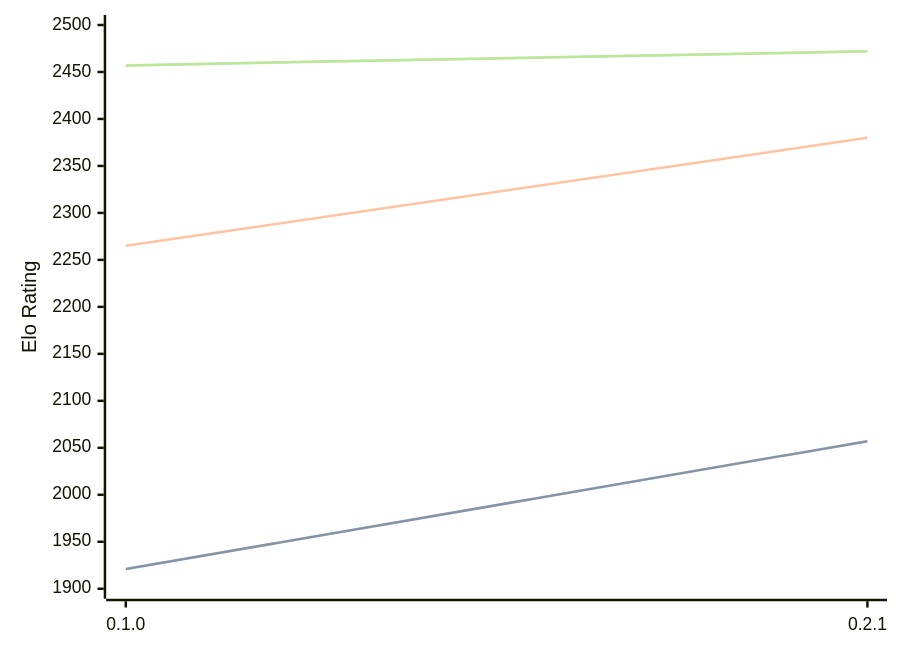
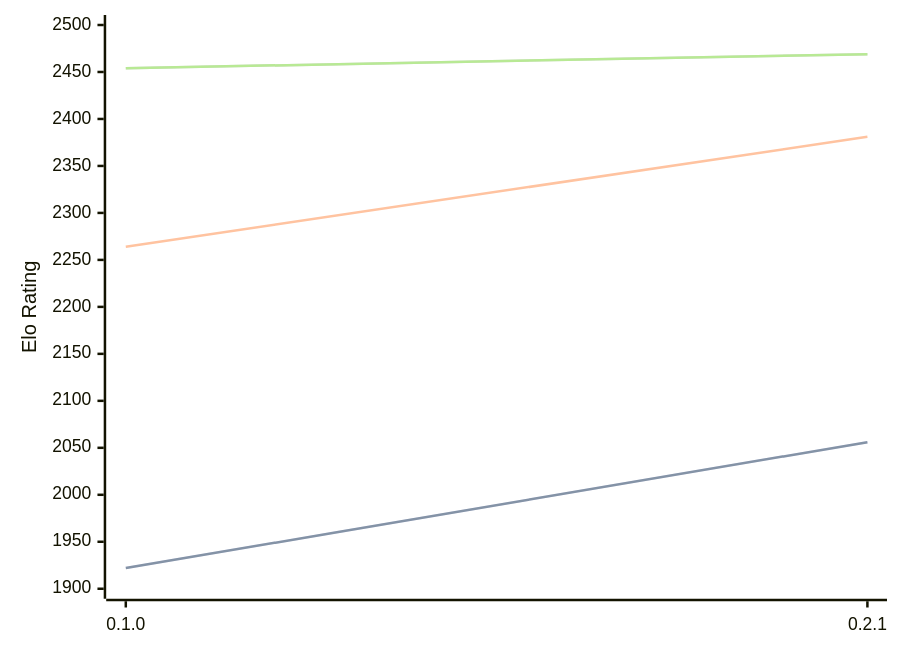
Before and after one commit to computer-chess-index/cci: the diagram in engines/Sykora.md, drawn with Mermaid. The commit also changed other lines of this file, not shown here.

Commit message:
Update CCI Ratings (ELO VLTC) - 2026-04-23

````diff
--- a/engines/Sykora.md
+++ b/engines/Sykora.md
@@ -33,11 +33,11 @@
 ```mermaid
 %%{init: {"theme":"base","themeVariables":{"seriesColors:['#a3a3a3','#222221','#faa371']}}}%%
 xychart-beta
   x-axis ["0.1.0", "0.2.1"]
   y-axis "Elo Rating" 1900 --> 2500
-  line "STC (8.0+0.08s)" [1921, 2057]
-  line "STC (8.0+0.08s)" [1921, 2057]
-  line "LTC (60.0+0.60s)" [2265, 2380]
-  line "VLTC (2m24s+1.12s)" [2457, 2472]
-  line "VLTC (2m24s+1.12s)" [2457, 2472]
+  line "STC (8.0+0.08s)" [1922, 2056]
+  line "STC (8.0+0.08s)" [1922, 2056]
+  line "LTC (60.0+0.60s)" [2264, 2381]
+  line "VLTC (2m24s+1.12s)" [2454, 2469]
+  line "VLTC (2m24s+1.12s)" [2454, 2469]
 ```
````
